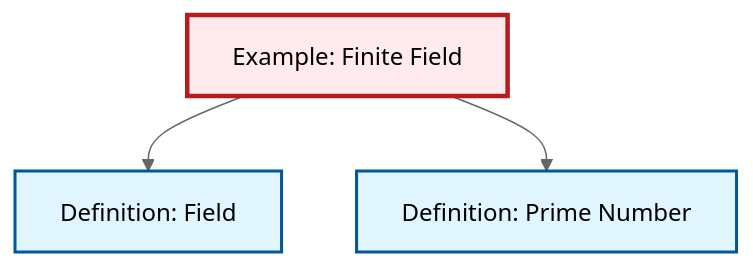
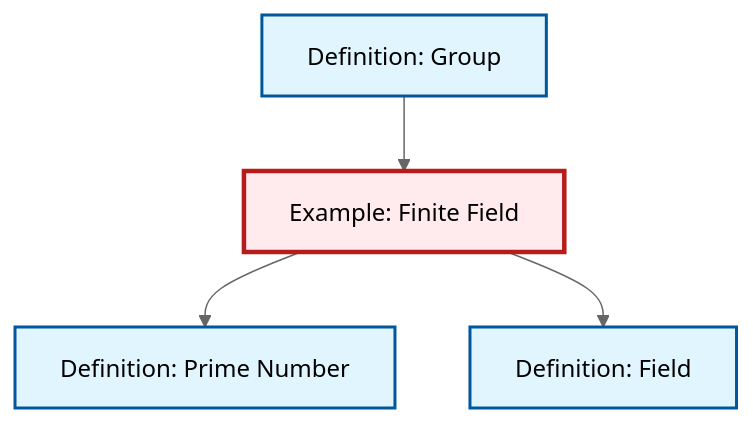
Before and after one commit to RK0429/ModernMath: the diagram in content/en/algebra/ex-finite-field.qmd, drawn with Mermaid (neutral theme). The commit also changed 511 other files, not shown here.

````diff
--- a/content/en/algebra/ex-finite-field.qmd
+++ b/content/en/algebra/ex-finite-field.qmd
@@ -59,18 +59,17 @@
 ```{mermaid}
 %%| fig-cap: "Local dependency graph"
 graph TD
     classDef definition fill:#e1f5fe,stroke:#01579b,stroke-width:2px
     classDef theorem fill:#f3e5f5,stroke:#4a148c,stroke-width:2px
     classDef axiom fill:#fff3e0,stroke:#e65100,stroke-width:2px
     classDef example fill:#e8f5e9,stroke:#1b5e20,stroke-width:2px
     classDef current fill:#ffebee,stroke:#b71c1c,stroke-width:3px
     def-prime["Definition: Prime Number"]:::definition
     ex-finite-field["Example: Finite Field"]:::example
+    def-group["Definition: Group"]:::definition
     def-field["Definition: Field"]:::definition
+    ex-finite-field --> def-prime
     ex-finite-field --> def-field
-    ex-finite-field --> def-prime
+    def-group --> ex-finite-field
     class ex-finite-field current
-
-    click def-prime "def-prime.html" "Go to Prime Number definition"
-    click def-field "def-field.html" "Go to Field definition"
 ```
````
